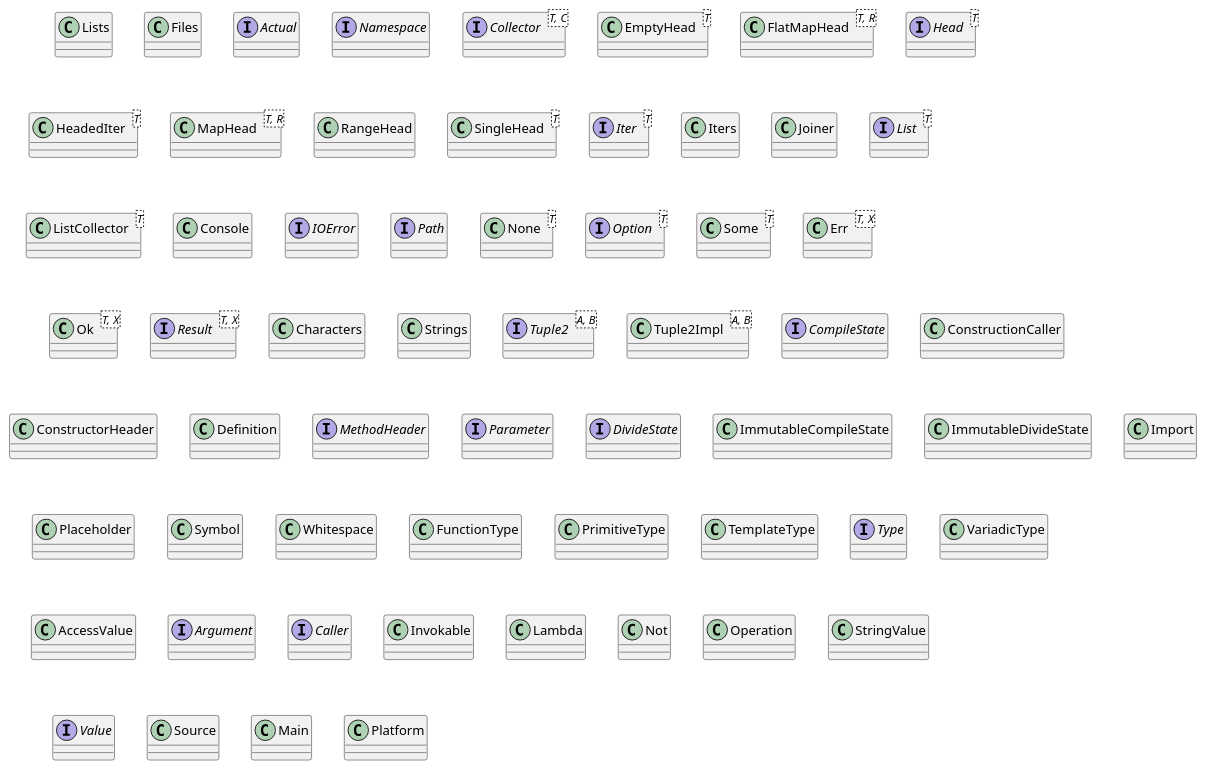
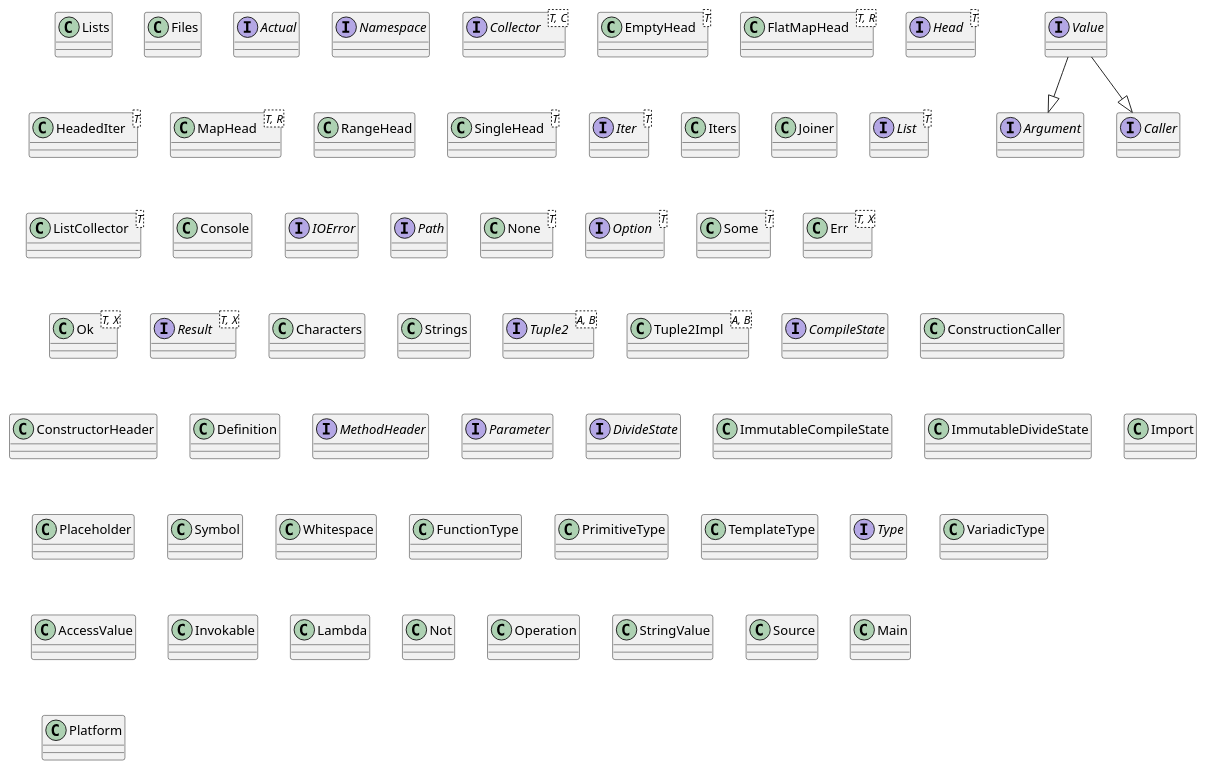
The diagram in diagram.puml (Magma-Foundation/Magma), drawn with PlantUML before and after one commit. The commit also changed 2 other files, not shown here.

```diff
--- a/diagram.puml
+++ b/diagram.puml
@@ -1,122 +1,124 @@
 @startuml
 class Lists {
 }
 class Files {
 }
 interface Actual {
 }
 interface Namespace {
 }
 interface Collector<T, C> {
 }
 class EmptyHead<T> {
 }
 class FlatMapHead<T, R> {
 }
 interface Head<T> {
 }
 class HeadedIter<T> {
 }
 class MapHead<T, R> {
 }
 class RangeHead {
 }
 class SingleHead<T> {
 }
 interface Iter<T> {
 }
 class Iters {
 }
 class Joiner {
 }
 interface List<T> {
 }
 class ListCollector<T> {
 }
 class Console {
 }
 interface IOError {
 }
 interface Path {
 }
 class None<T> {
 }
 interface Option<T> {
 }
 class Some<T> {
 }
 class Err<T, X> {
 }
 class Ok<T, X> {
 }
 interface Result<T, X> {
 }
 class Characters {
 }
 class Strings {
 }
 interface Tuple2<A, B> {
 }
 class Tuple2Impl<A, B> {
 }
 interface CompileState {
 }
 class ConstructionCaller {
 }
 class ConstructorHeader {
 }
 class Definition {
 }
 interface MethodHeader {
 }
 interface Parameter {
 }
 interface DivideState {
 }
 class ImmutableCompileState {
 }
 class ImmutableDivideState {
 }
 class Import {
 }
 class Placeholder {
 }
 class Symbol {
 }
 class Whitespace {
 }
 class FunctionType {
 }
 class PrimitiveType {
 }
 class TemplateType {
 }
 interface Type {
 }
 class VariadicType {
 }
 class AccessValue {
 }
 interface Argument {
 }
 interface Caller {
 }
 class Invokable {
 }
 class Lambda {
 }
 class Not {
 }
 class Operation {
 }
 class StringValue {
 }
 interface Value {
 }
+Value--|>Argument
+Value--|>Caller
 class Source {
 }
 class Main {
 }
 class Platform {
 }
 @enduml
```
